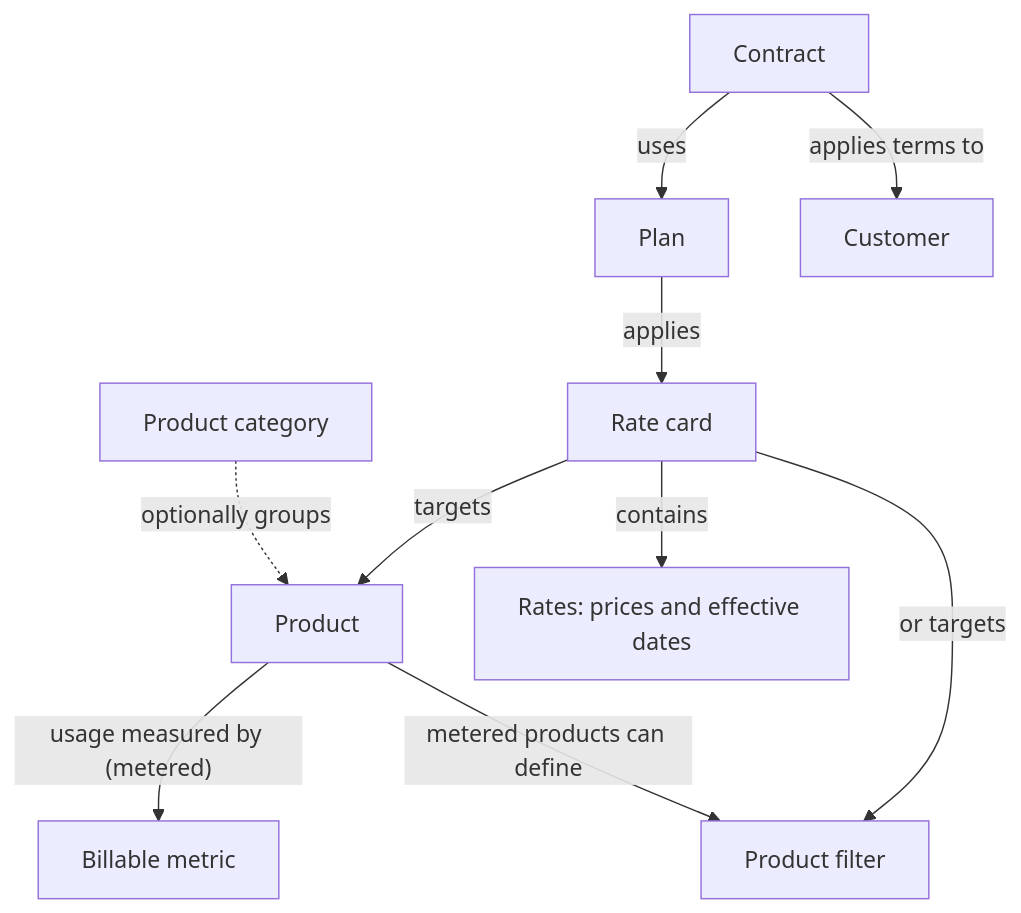
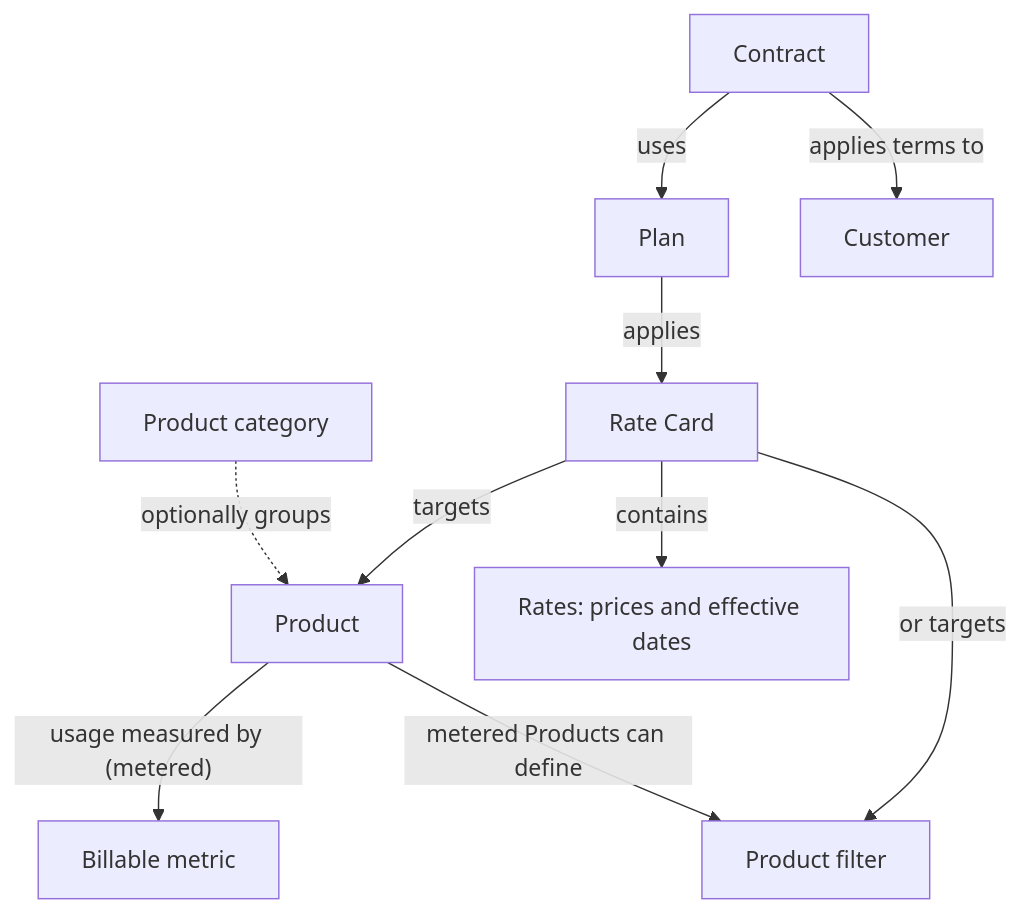
Before and after one commit to getlago/lago-doc: the diagram in v2/guide/introduction/welcome-to-lago.mdx, drawn with Mermaid. The commit also changed other lines of this file, not shown here.

````diff
--- a/v2/guide/introduction/welcome-to-lago.mdx
+++ b/v2/guide/introduction/welcome-to-lago.mdx
@@ -50,12 +54,12 @@
 ```mermaid
 flowchart TD
   Category["Product category"] -. "optionally groups" .-> Product["Product"]
   Product -->|"usage measured by (metered)"| Metric["Billable metric"]
-  Product -->|"metered products can define"| Filter["Product filter"]
-  Card["Rate card"] -->|"targets"| Product
+  Product -->|"metered Products can define"| Filter["Product filter"]
+  Card["Rate Card"] -->|"targets"| Product
   Card -->|"or targets"| Filter
   Card -->|"contains"| Rate["Rates: prices and effective dates"]
   Plan["Plan"] -->|"applies"| Card
   Contract["Contract"] -->|"uses"| Plan
   Contract -->|"applies terms to"| Customer["Customer"]
 ```
````
